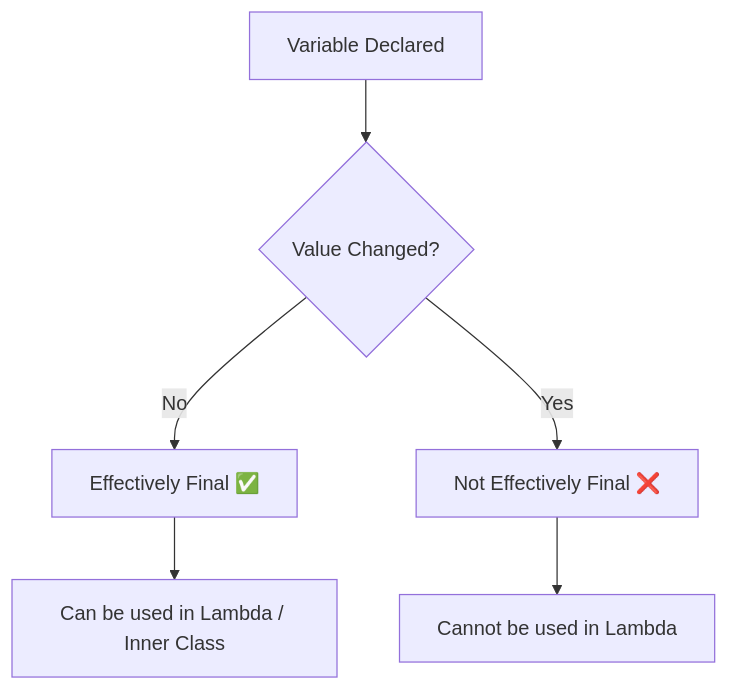
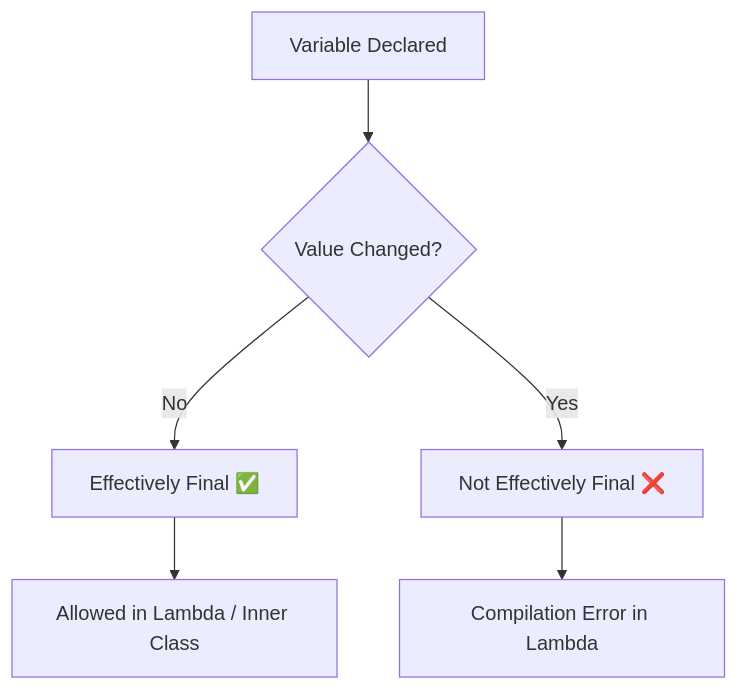
One commit to NarsingPendharkar/my-notes changed diagram 13 of 13 in Java_notes.md. Above: the diagram before and after it, drawn with Mermaid. The commit also changed other lines of this file, not shown here.

````diff
--- a/Java_notes.md
+++ b/Java_notes.md
@@ -5678,10 +5544,8 @@
 ```mermaid
 flowchart TD
     A[Variable Declared] --> B{Value Changed?}
-
     B -- No --> C[Effectively Final ✅]
-    C --> D[Can be used in Lambda / Inner Class]
-
+    C --> D[Allowed in Lambda / Inner Class]
     B -- Yes --> E[Not Effectively Final ❌]
-    E --> F[Cannot be used in Lambda]
+    E --> F[Compilation Error in Lambda]
 ```
````
